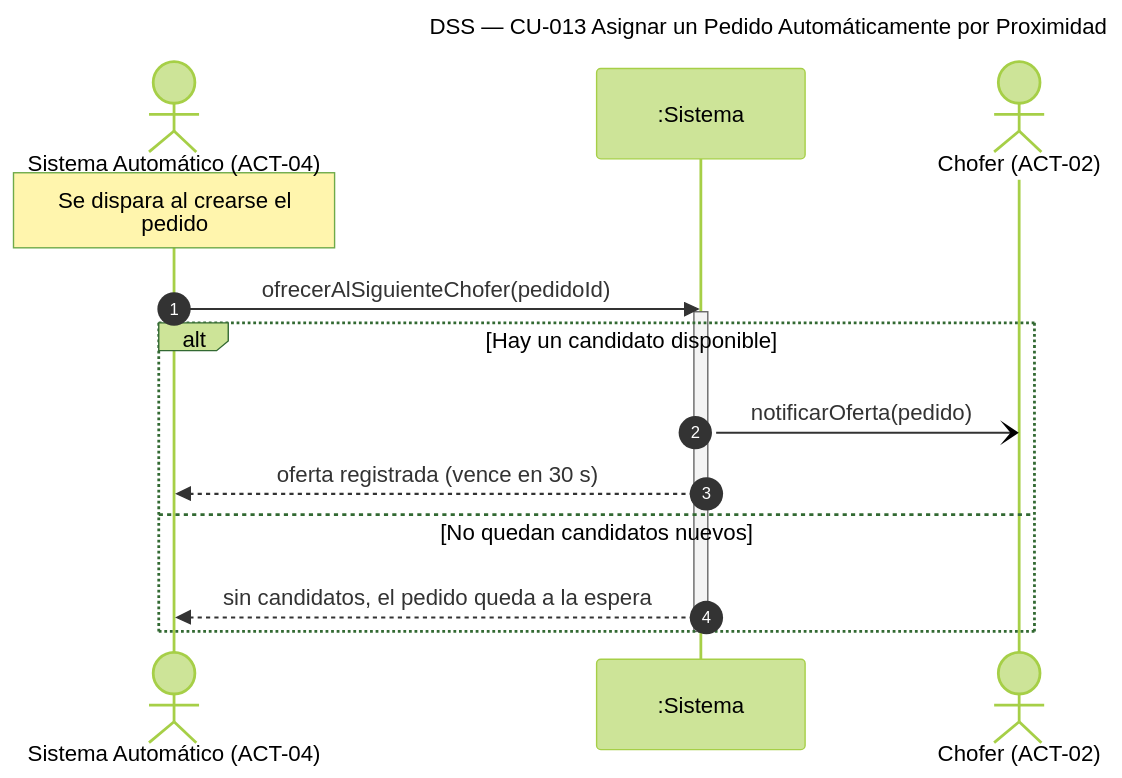
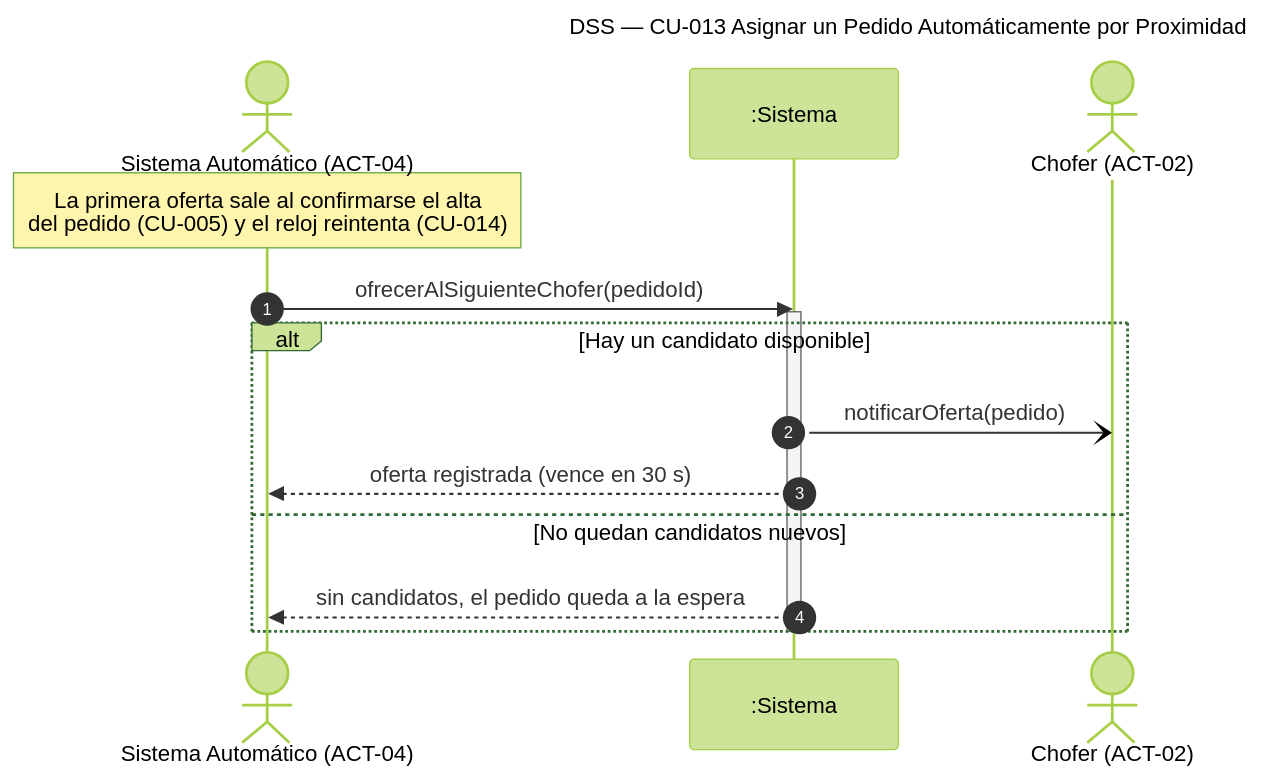
Before and after one commit to Nahuelito-Dev/splg-docs: the diagram in diagramas/DSS_CU-013_Asignar-un-Pedido-Automaticamente-por-Proximidad.mmd, drawn with Mermaid (forest theme). The commit also changed 41 other files, not shown here.

```diff
--- a/diagramas/DSS_CU-013_Asignar-un-Pedido-Automaticamente-por-Proximidad.mmd
+++ b/diagramas/DSS_CU-013_Asignar-un-Pedido-Automaticamente-por-Proximidad.mmd
@@ -1,17 +1,17 @@
 sequenceDiagram
     title DSS — CU-013 Asignar un Pedido Automáticamente por Proximidad
     autonumber
     actor SAU as Sistema Automático (ACT-04)
     participant SIS as :Sistema
     actor CHO as Chofer (ACT-02)
 
-    Note over SAU: Se dispara al crearse el<br/>pedido
+    Note over SAU: La primera oferta sale al confirmarse el alta<br/>del pedido (CU-005) y el reloj reintenta (CU-014)
     SAU->>SIS: ofrecerAlSiguienteChofer(pedidoId)
     activate SIS
     alt Hay un candidato disponible
         SIS-)CHO: notificarOferta(pedido)
         SIS-->>SAU: oferta registrada (vence en 30 s)
     else No quedan candidatos nuevos
         SIS-->>SAU: sin candidatos, el pedido queda a la espera
     end
     deactivate SIS
```
